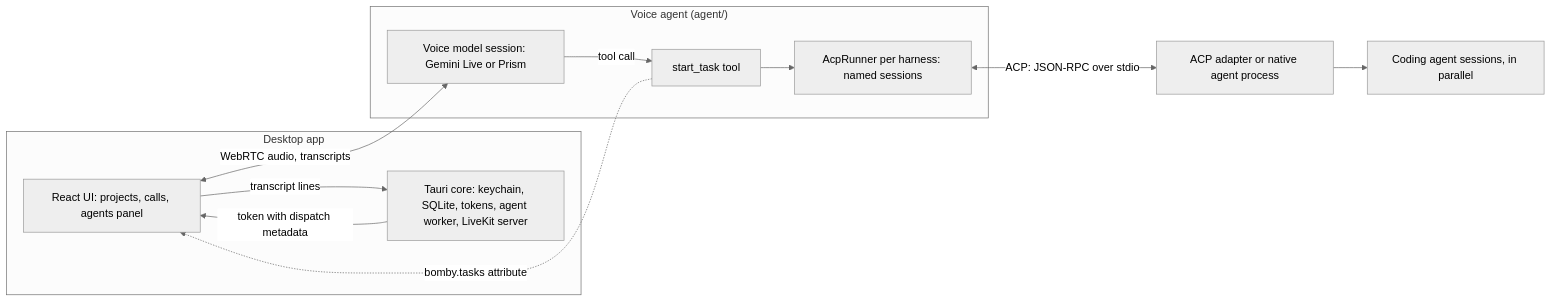
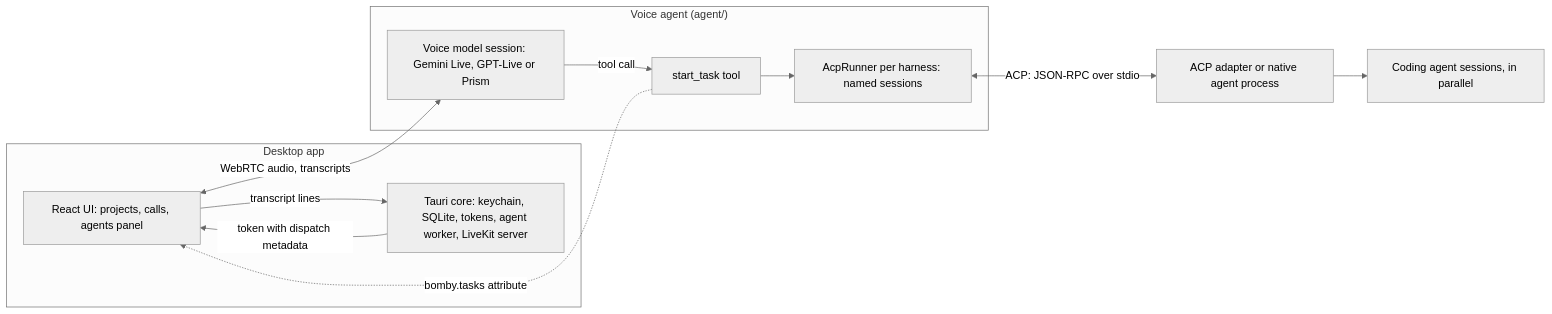
One commit to bomby-app/bomby changed the diagram in docs/architecture.md. Above: the diagram before and after it, drawn with Mermaid (neutral theme). The commit also changed other lines of this file and 2 other files, not shown here.

Commit message:
Docs caught up: GPT-Live in the architecture diagram, every notes file linked, the tone prompts' per-provider paths, and the roadmap's keys and console test

````diff
--- a/docs/architecture.md
+++ b/docs/architecture.md
@@ -18,23 +18,23 @@
 ```mermaid
 flowchart LR
   subgraph App["Desktop app"]
     UI["React UI: projects, calls, agents panel"]
     Core["Tauri core: keychain, SQLite, tokens, agent worker, LiveKit server"]
   end
   subgraph Agent["Voice agent (agent/)"]
-    Gemini["Voice model session: Gemini Live or Prism"]
+    Gemini["Voice model session: Gemini Live, GPT-Live or Prism"]
     Tool["start_task tool"]
     Runner["AcpRunner per harness: named sessions"]
   end
   ACP["ACP adapter or native agent process"]
   Coding["Coding agent sessions, in parallel"]
 
   Core -- "token with dispatch metadata" --> UI
   UI -- "transcript lines" --> Core
   UI <-- "WebRTC audio, transcripts" --> Gemini
   Gemini -- "tool call" --> Tool
   Tool --> Runner
   Runner <-- "ACP: JSON-RPC over stdio" --> ACP
   ACP --> Coding
   Tool -. "bomby.tasks attribute" .-> UI
 ```
````
